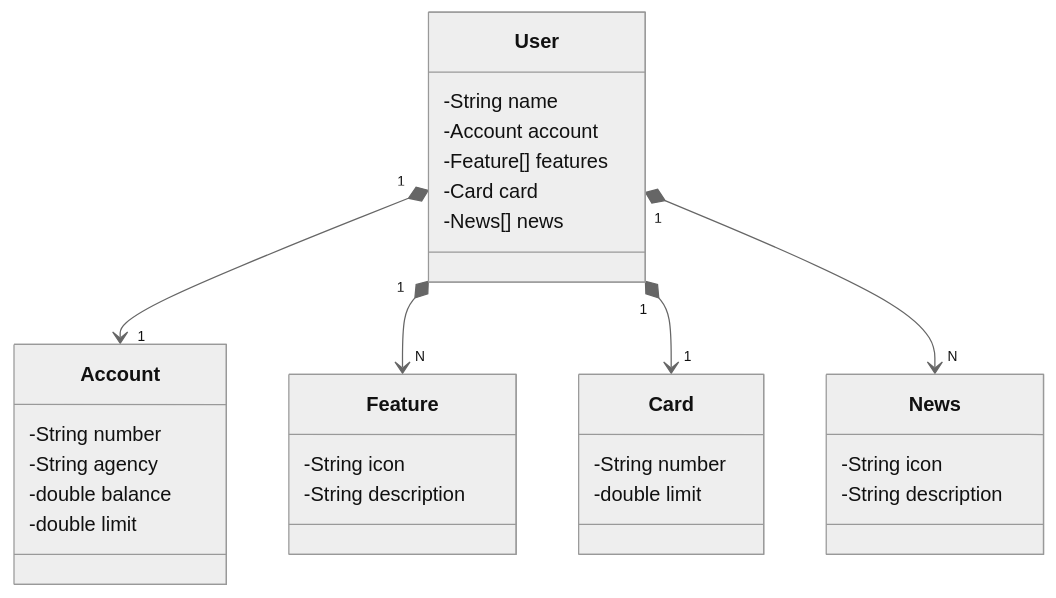
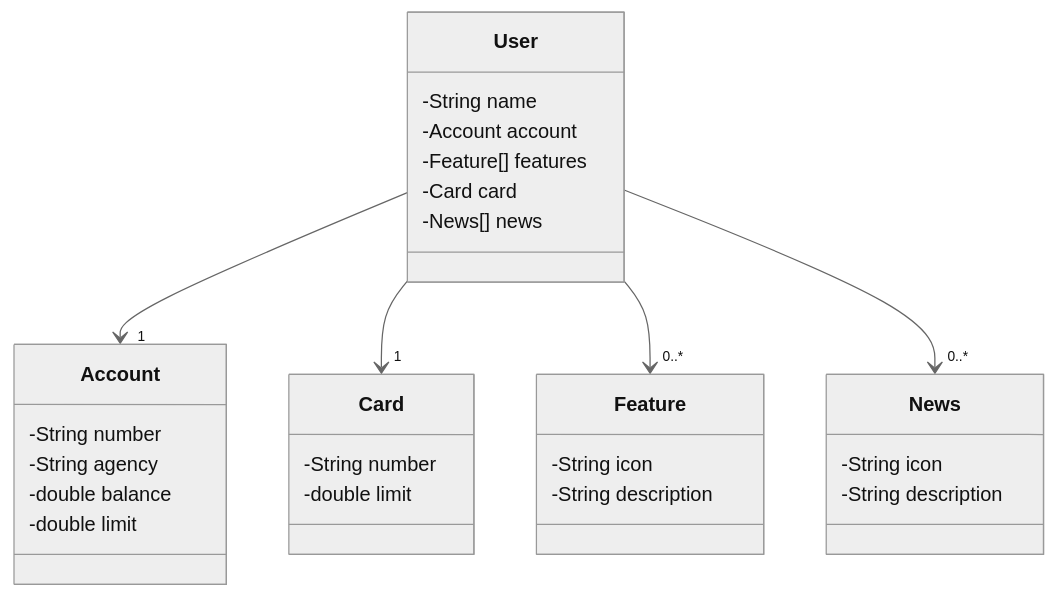
Before and after one commit to MSouza27/santander-dev-week-2023: the diagram in README.md, drawn with Mermaid (neutral theme).

````diff
--- a/README.md
+++ b/README.md
@@ -6,38 +6,39 @@
 ```mermaid
 classDiagram
     class User {
         -String name
         -Account account
         -Feature[] features
         -Card card
         -News[] news
     }
 
     class Account {
         -String number
         -String agency
         -double balance
         -double limit
     }
 
     class Feature {
         -String icon
         -String description
     }
 
     class Card {
         -String number
         -double limit
     }
 
     class News {
         -String icon
         -String description
     }
 
-    User "1" *--> "1" Account
-    User "1" *--> "N" Feature
-    User "1" *--> "1" Card
-    User "1" *--> "N" News
+    User --> "1" Account
+    User --> "1" Card
+    User --> "0..*" Feature
+    User --> "0..*" News
+
 
 ```
````
